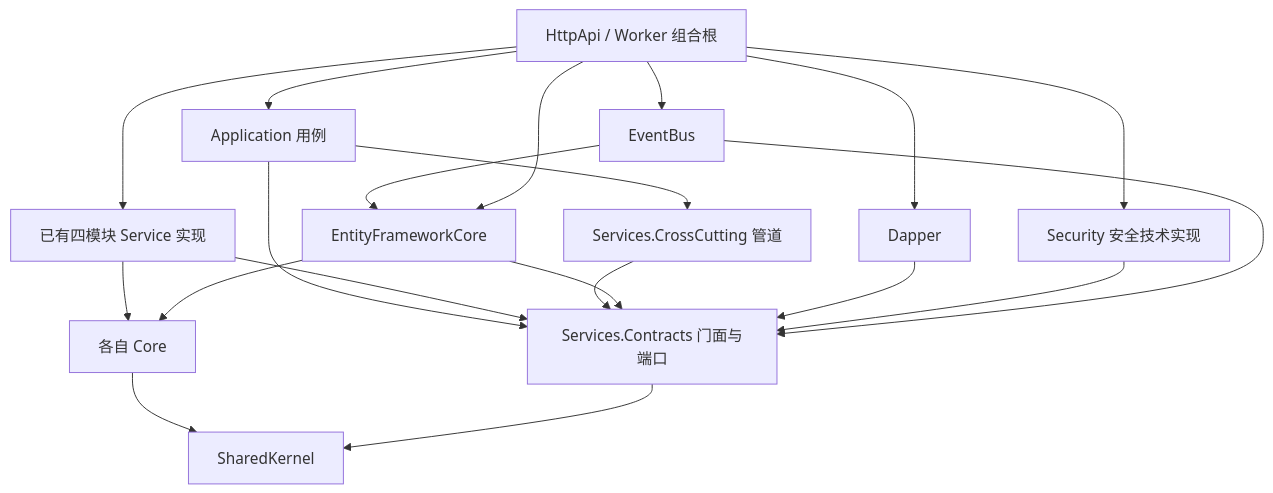
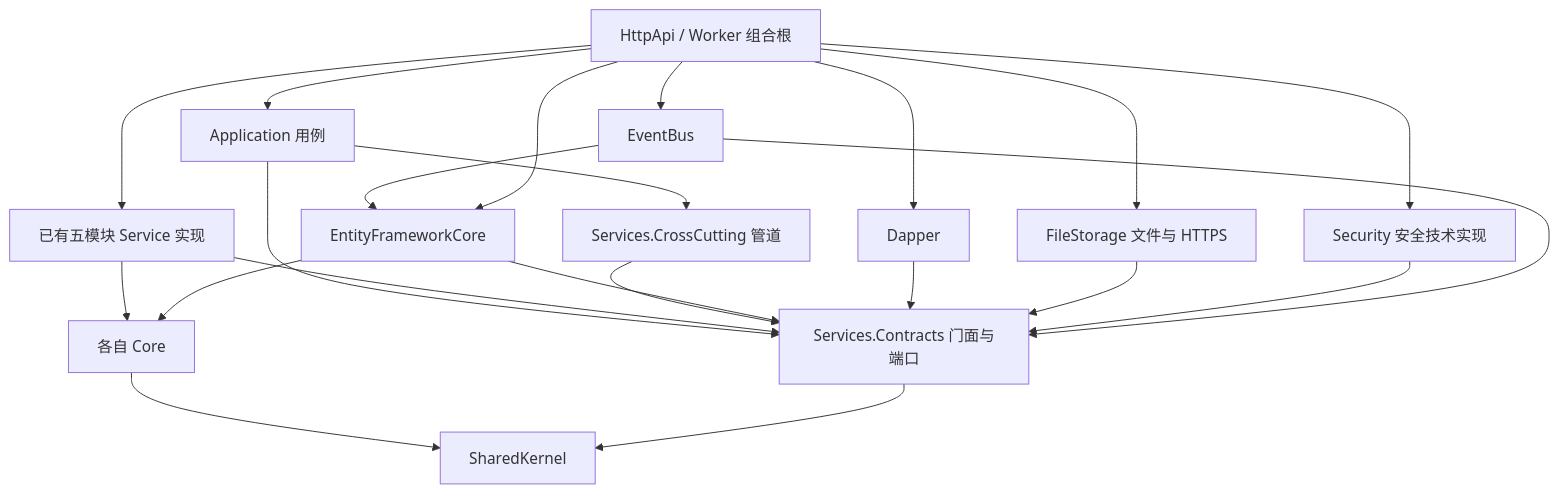
The first of 4 diagrams in docs/软件框架设计.md (ShuJinHao/SoftwareVersionManagement), drawn with Mermaid before and after one commit. The commit also changed other lines of this file and 105 other files, not shown here.

````diff
--- a/docs/软件框架设计.md
+++ b/docs/软件框架设计.md
@@ -159,22 +166,24 @@
 ```mermaid
 flowchart TB
     Hosts[HttpApi / Worker 组合根] --> App[Application 用例]
     App --> CC[Services.CrossCutting 管道]
     App --> Contracts[Services.Contracts 门面与端口]
-    Services[已有四模块 Service 实现] --> Contracts
+    Services[已有五模块 Service 实现] --> Contracts
     Services --> Core[各自 Core]
     Core --> Kernel[SharedKernel]
     Contracts --> Kernel
     CC --> Contracts
     EF[EntityFrameworkCore] --> Core
     EF --> Contracts
     Dapper[Dapper] --> Contracts
+    Files[FileStorage 文件与 HTTPS] --> Contracts
+    Hosts --> Files
     Security[Security 安全技术实现] --> Contracts
     Bus[EventBus] --> Contracts
     Bus --> EF
     Hosts --> Services
     Hosts --> EF
     Hosts --> Dapper
     Hosts --> Security
     Hosts --> Bus
 ```
````
